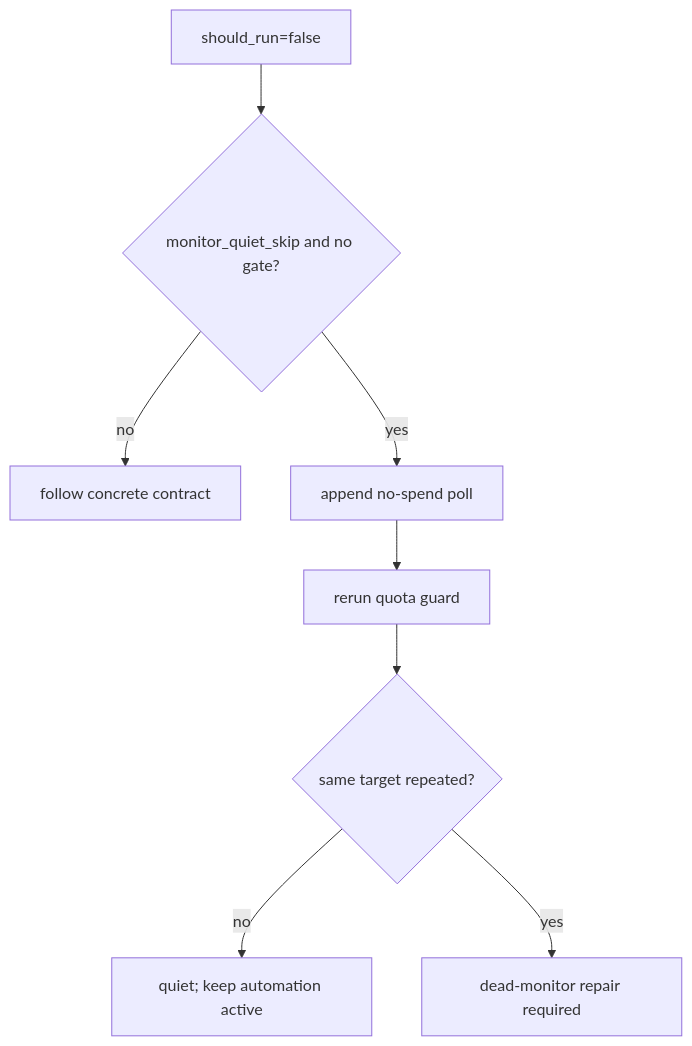
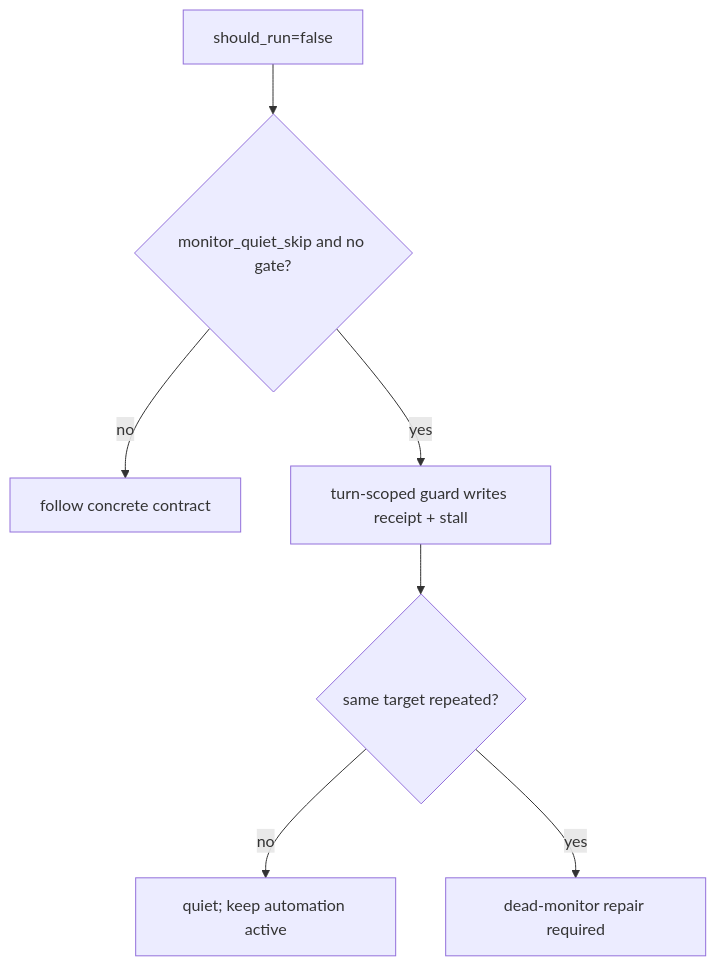
One commit to liubf21/loopx changed the ninth of 31 diagrams in docs/interaction-pattern-catalog.md. Above: the diagram before and after it, drawn with Mermaid. The commit also changed other lines of this file and 24 other files, not shown here.

First line of the commit message:
Persist one quota receipt per heartbeat turn (#2473)

````diff
--- a/docs/interaction-pattern-catalog.md
+++ b/docs/interaction-pattern-catalog.md
@@ -803,10 +804,9 @@
 ```mermaid
 flowchart TD
   N["should_run=false"] --> M{"monitor_quiet_skip and no gate?"}
   M -->|"no"| C["follow concrete contract"]
-  M -->|"yes"| P["append no-spend poll"]
-  P --> R["rerun quota guard"]
-  R --> D{"same target repeated?"}
+  M -->|"yes"| P["turn-scoped guard writes receipt + stall"]
+  P --> D{"same target repeated?"}
   D -->|"no"| Q["quiet; keep automation active"]
   D -->|"yes"| A["dead-monitor repair required"]
 ```
````
